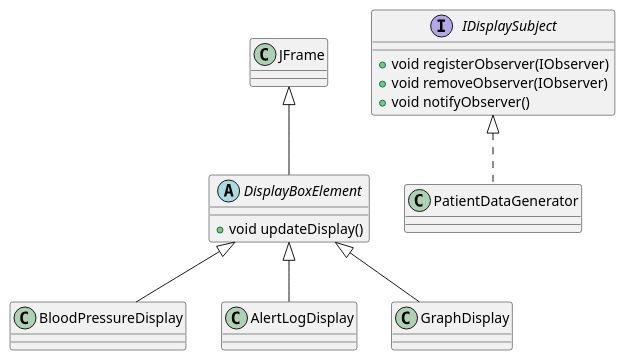
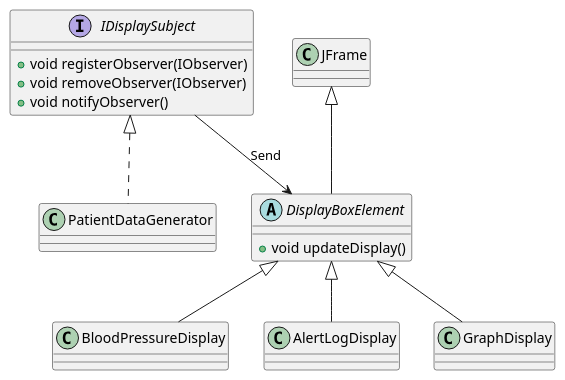
One commit to KC45jp/SENG4130-Project-Automated-Remote-Health-Monitoring changed the diagram in UML/GUIPatientDataElement.puml. Above: the diagram before and after it, drawn with PlantUML. The commit also changed 4 other files, not shown here.

```diff
--- a/UML/GUIPatientDataElement.puml
+++ b/UML/GUIPatientDataElement.puml
@@ -1,40 +1,41 @@
 @startuml
 'https://plantuml.com/class-diagram
 
 
 
 
 abstract class DisplayBoxElement {
 
 +void updateDisplay()
 }
 
 class BloodPressureDisplay {
 }
 
 class AlertLogDisplay {
 }
 
 class GraphDisplay {
 }
 
 interface IDisplaySubject {
 + void registerObserver(IObserver)
 + void removeObserver(IObserver)
 + void notifyObserver()
 }
 
 class PatientDataGenerator {
 }
 
 
 
 
 
 
 JFrame <|-- DisplayBoxElement
 DisplayBoxElement <|-- BloodPressureDisplay
 DisplayBoxElement <|-- AlertLogDisplay
 DisplayBoxElement <|-- GraphDisplay
 IDisplaySubject <|.. PatientDataGenerator
+IDisplaySubject --> DisplayBoxElement:Send
 @enduml
```
